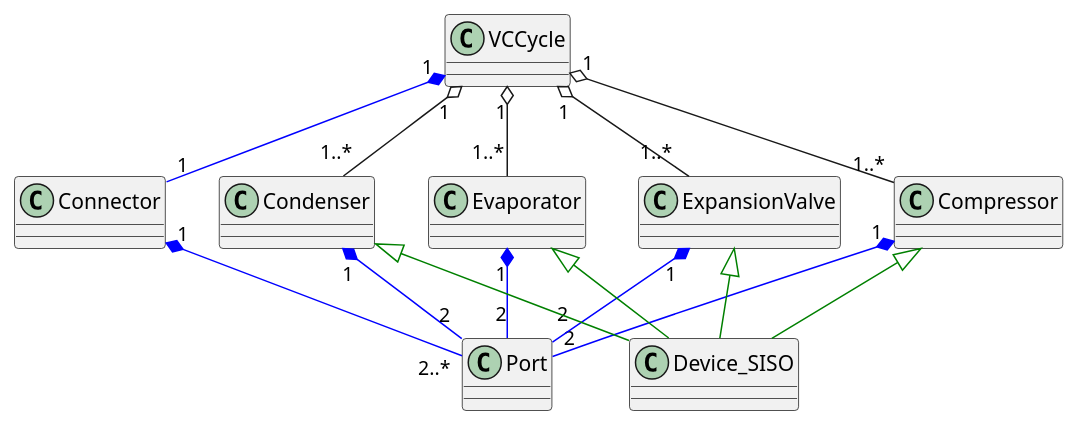
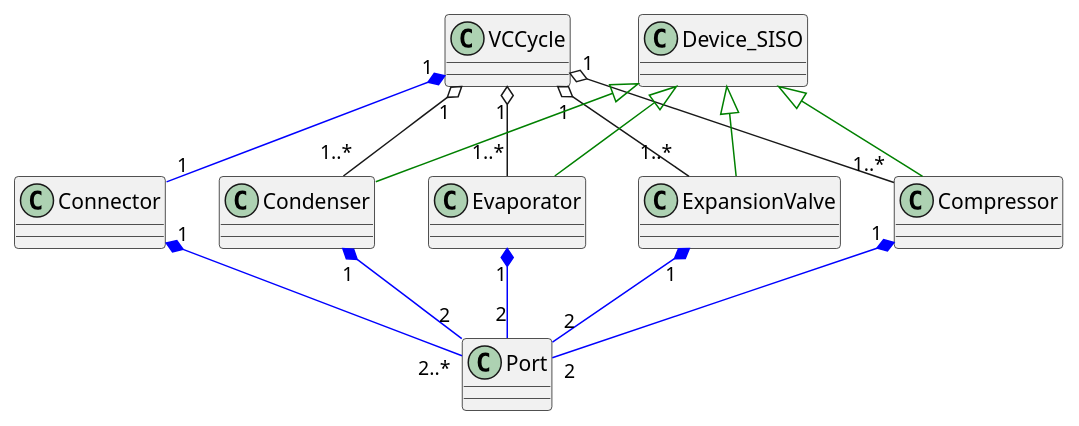
Before and after one commit to thermalogic/SimVCCE: the sixth of 7 diagrams in doc/PlantUML_Class_VCCE.md, drawn with PlantUML. The commit also changed other lines of this file and 12 other files, not shown here.

Commit message:
update fig

````diff
--- a/doc/PlantUML_Class_VCCE.md
+++ b/doc/PlantUML_Class_VCCE.md
@@ -184,18 +184,18 @@
 ```puml
 VCCycle "1" *-[#blue]- "1" Connector 
 VCCycle "1" o-- "1..*" Compressor 
 VCCycle "1" o-- "1..*" Condenser
 VCCycle "1" o-- "1..*" Evaporator
 VCCycle "1" o-- "1..*" ExpansionValve
 
 Connector "1" *-[#blue]- "2..*" Port
 Compressor "1" *-[#blue]- "2" Port
 ExpansionValve "1" *-[#blue]- "2" Port
 Evaporator "1" *-[#blue]- "2" Port
 Condenser "1" *-[#blue]- "2" Port
 
-Compressor <|-[#green]- Device_SISO  
-Condenser <|-[#green]- Device_SISO  
-Evaporator <|-[#green]- Device_SISO  
-ExpansionValve <|-[#green]- Device_SISO  
+Device_SISO <|-[#green]- Compressor   
+Device_SISO <|-[#green]- Condenser    
+Device_SISO <|-[#green]-  Evaporator  
+Device_SISO <|-[#green]-ExpansionValve    
 ```
````
